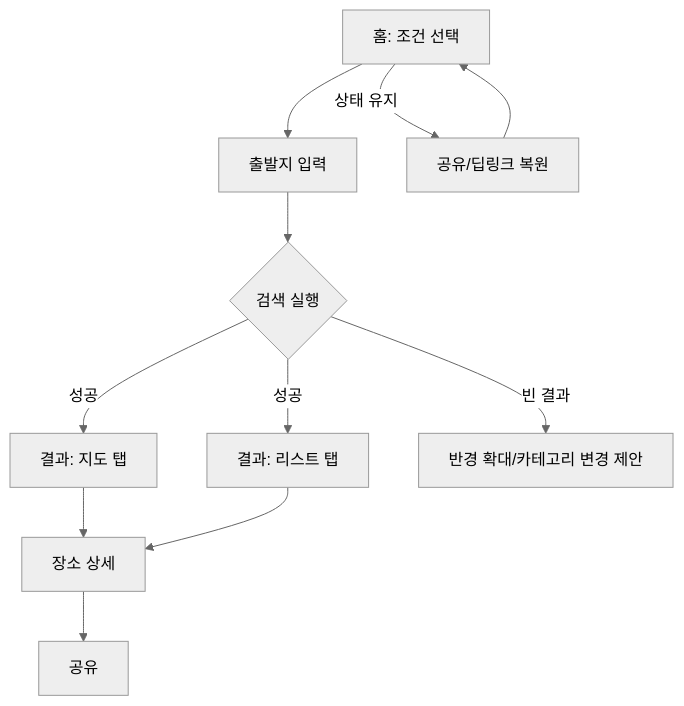
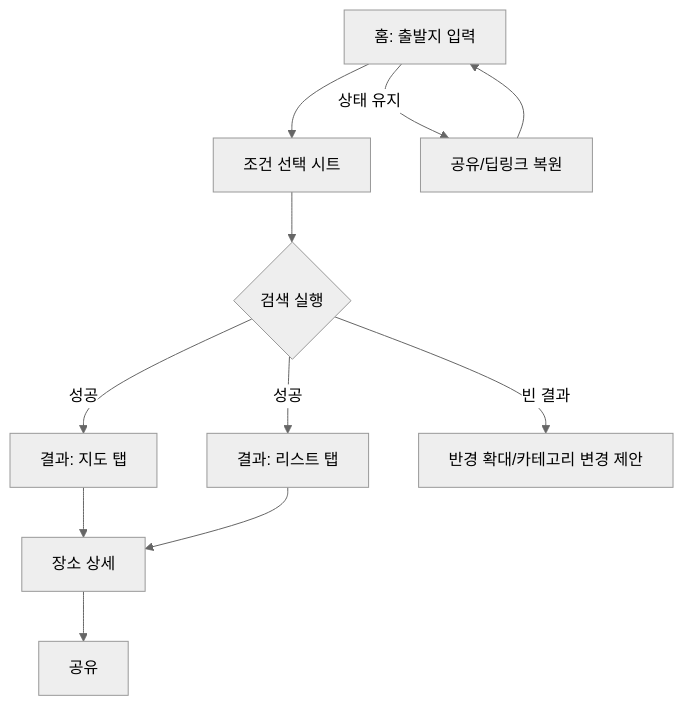
The diagram in docs/wireframes/flow.md (kaori-killer/2025-moitz), drawn with Mermaid (neutral theme) before and after one commit. The commit also changed other lines of this file and 1 other file, not shown here.

Commit message:
Refactor: Change flow to prioritize starting points

````diff
--- a/docs/wireframes/flow.md
+++ b/docs/wireframes/flow.md
@@ -3,13 +3,13 @@
 ```mermaid
 flowchart TD
-  A[홈: 조건 선택] --> B[출발지 입력]
+  A[홈: 출발지 입력] --> B[조건 선택 시트]
   A -->|상태 유지| D[공유/딥링크 복원]
   B --> C{검색 실행}
   C -->|성공| E[결과: 지도 탭]
   C -->|성공| F[결과: 리스트 탭]
   C -->|빈 결과| G[반경 확대/카테고리 변경 제안]
   E --> H[장소 상세]
   F --> H
   H --> I[공유]
   D --> A
 ```
````
